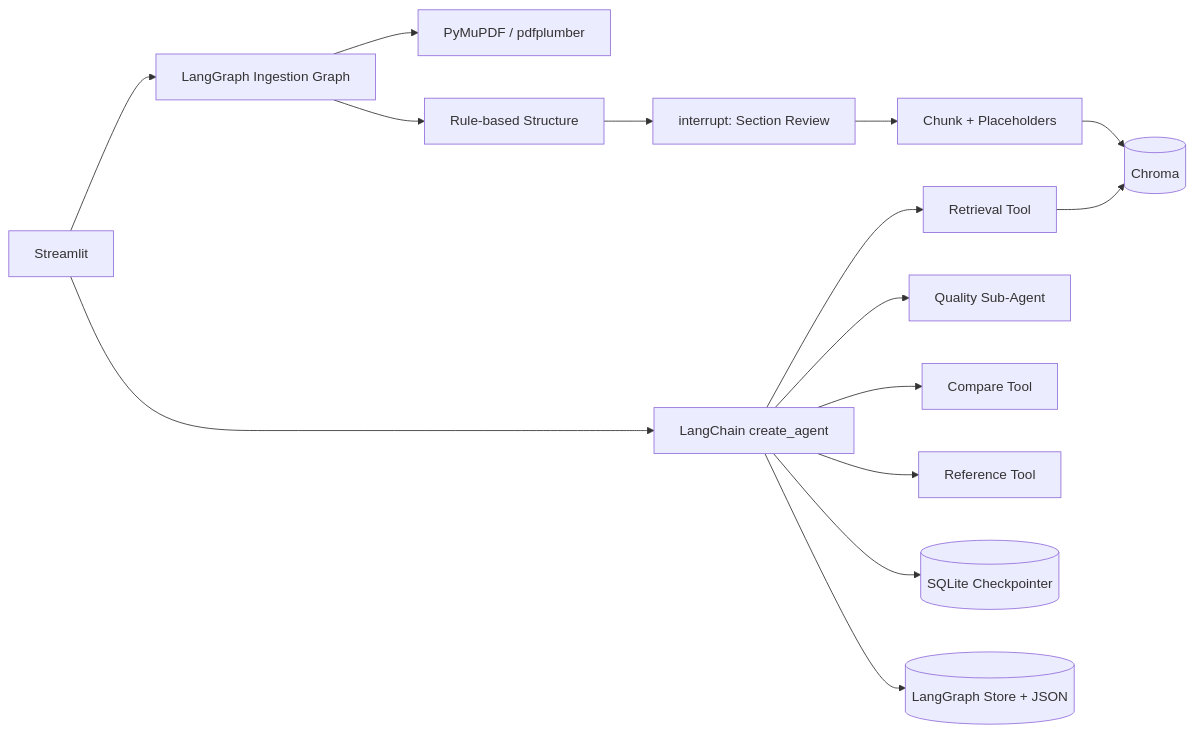
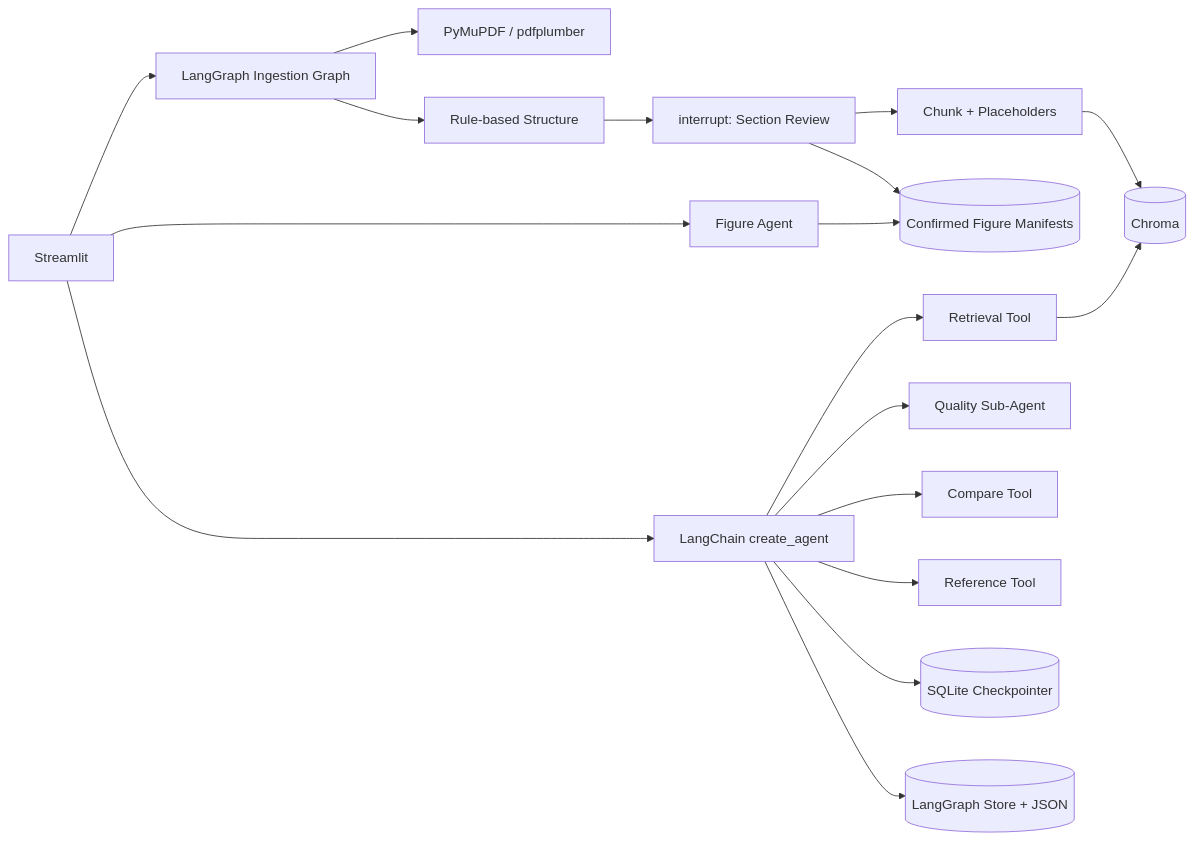
The first of 2 diagrams in paper-agent/docs/DESIGN.md (YunyingTech/XDocumentsmanager), drawn with Mermaid before and after one commit. The commit also changed other lines of this file and 19 other files, not shown here.

Commit message:
feat: add MineU figure review

````diff
--- a/paper-agent/docs/DESIGN.md
+++ b/paper-agent/docs/DESIGN.md
@@ -7,17 +7,20 @@
 ```mermaid
 flowchart LR
     UI[Streamlit] --> IG[LangGraph Ingestion Graph]
     IG --> PDF[PyMuPDF / pdfplumber]
     IG --> SEC[Rule-based Structure]
     SEC --> HITL[interrupt: Section Review]
     HITL --> CHUNK[Chunk + Placeholders]
     CHUNK --> DB[(Chroma)]
+    HITL --> FIG[(Confirmed Figure Manifests)]
     UI --> AGENT[LangChain create_agent]
+    UI --> VISION[Figure Agent]
+    VISION --> FIG
     AGENT --> RET[Retrieval Tool]
     AGENT --> QA[Quality Sub-Agent]
     AGENT --> CMP[Compare Tool]
     AGENT --> REF[Reference Tool]
     RET --> DB
     AGENT --> CP[(SQLite Checkpointer)]
     AGENT --> MEM[(LangGraph Store + JSON)]
 ```
````
